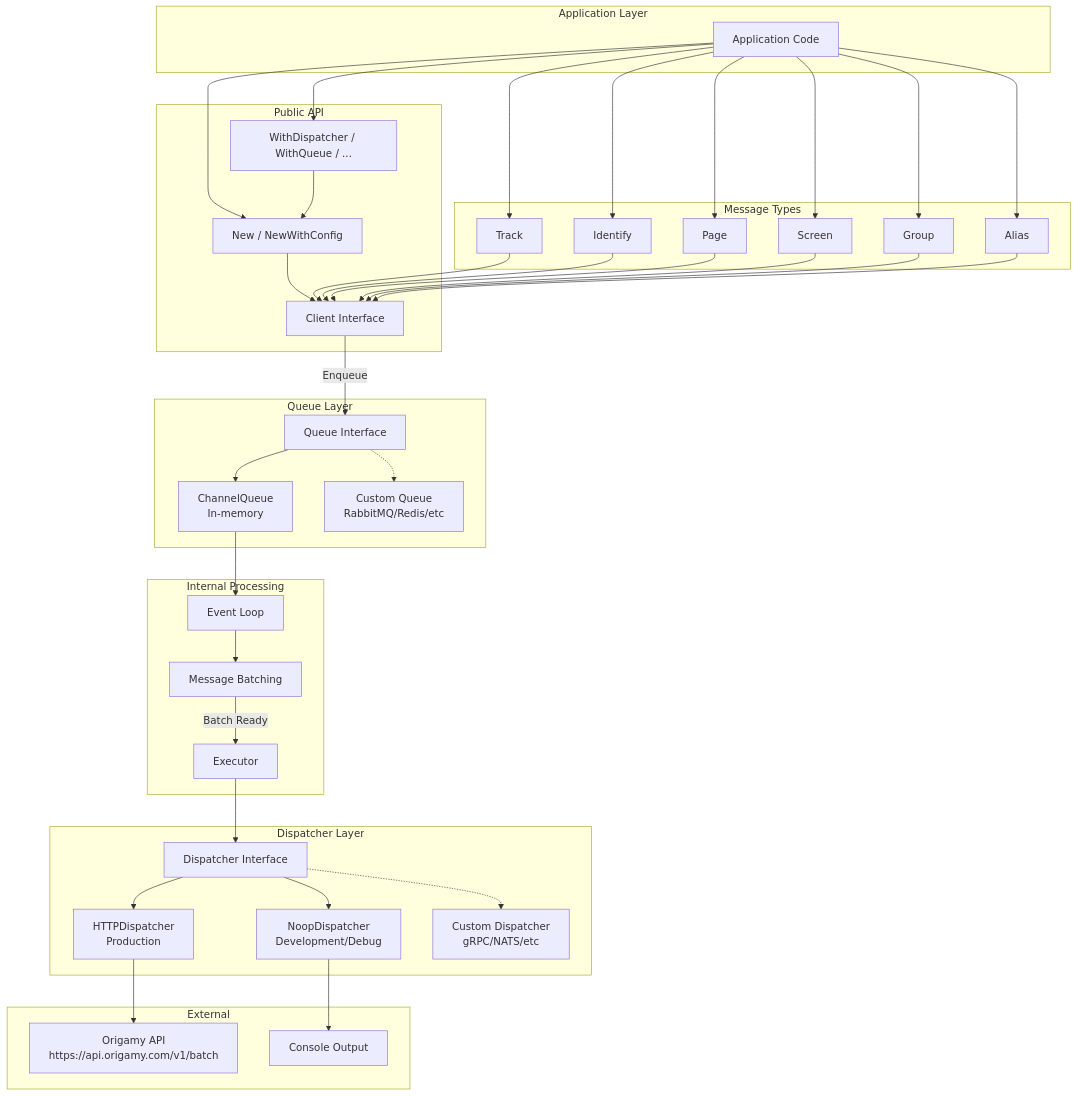
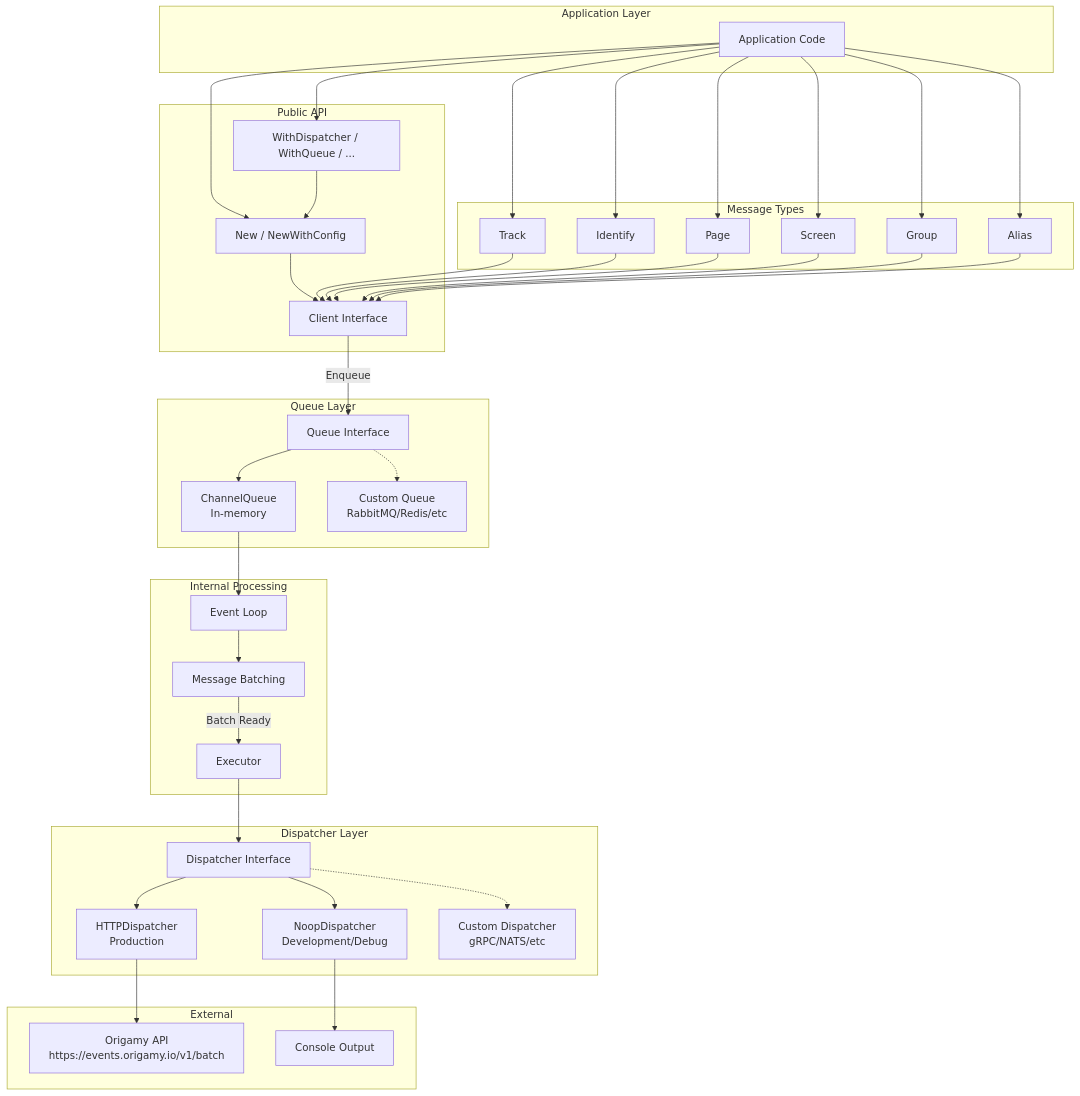
The first of 8 diagrams in ARCH.md (QubelyLabs/origamy-go-sdk), drawn with Mermaid before and after one commit. The commit also changed other lines of this file and 8 other files, not shown here.

````diff
--- a/ARCH.md
+++ b/ARCH.md
@@ -11,68 +11,68 @@
 ```mermaid
 graph TB
     subgraph "Application Layer"
         App[Application Code]
     end
 
     subgraph "Public API"
         Client[Client Interface]
         New[New / NewWithConfig]
         Options[WithDispatcher / WithQueue / ...]
     end
 
     subgraph "Message Types"
         Track[Track]
         Identify[Identify]
         Page[Page]
         Screen[Screen]
         Group[Group]
         Alias[Alias]
     end
 
     subgraph "Queue Layer"
         QueueInterface[Queue Interface]
         ChannelQueue[ChannelQueue<br>In-memory]
         CustomQueue[Custom Queue<br>RabbitMQ/Redis/etc]
     end
 
     subgraph "Internal Processing"
         Loop[Event Loop]
         Batch[Message Batching]
         Executor[Executor]
     end
 
     subgraph "Dispatcher Layer"
         DispatcherInterface[Dispatcher Interface]
         HTTPDispatcher[HTTPDispatcher<br>Production]
         NoopDispatcher[NoopDispatcher<br>Development/Debug]
         CustomDispatcher[Custom Dispatcher<br>gRPC/NATS/etc]
     end
 
     subgraph "External"
-        OrigamyAPI[Origamy API<br>https://api.origamy.com/v1/batch]
+        OrigamyAPI[Origamy API<br>https://events.origamy.io/v1/batch]
         Console[Console Output]
     end
 
     App --> New
     App --> Options
     Options --> New
     New --> Client
     App --> Track & Identify & Page & Screen & Group & Alias
     Track & Identify & Page & Screen & Group & Alias --> Client
 
     Client -->|Enqueue| QueueInterface
     QueueInterface --> ChannelQueue
     QueueInterface -.-> CustomQueue
 
     ChannelQueue --> Loop
     Loop --> Batch
     Batch -->|Batch Ready| Executor
 
     Executor --> DispatcherInterface
     DispatcherInterface --> HTTPDispatcher
     DispatcherInterface --> NoopDispatcher
     DispatcherInterface -.-> CustomDispatcher
 
     HTTPDispatcher --> OrigamyAPI
     NoopDispatcher --> Console
 ```
````
